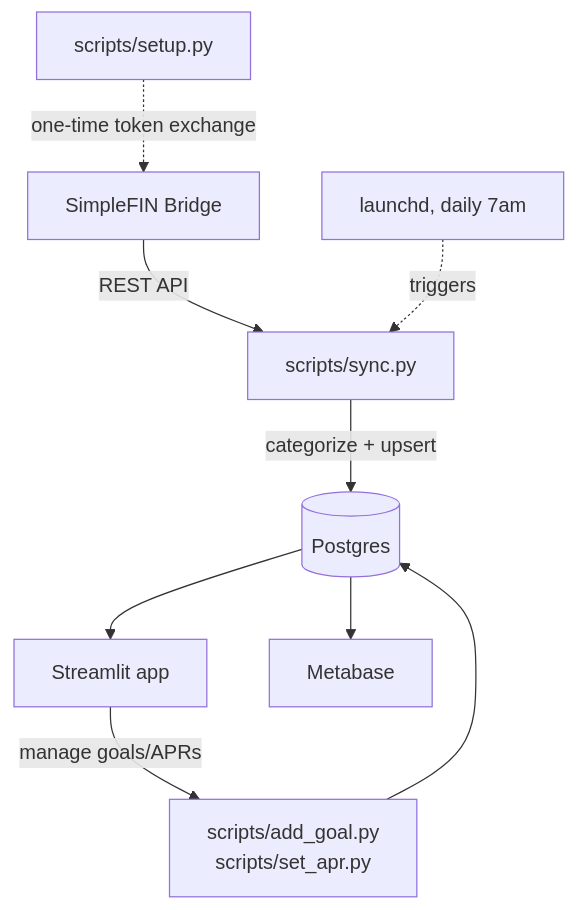
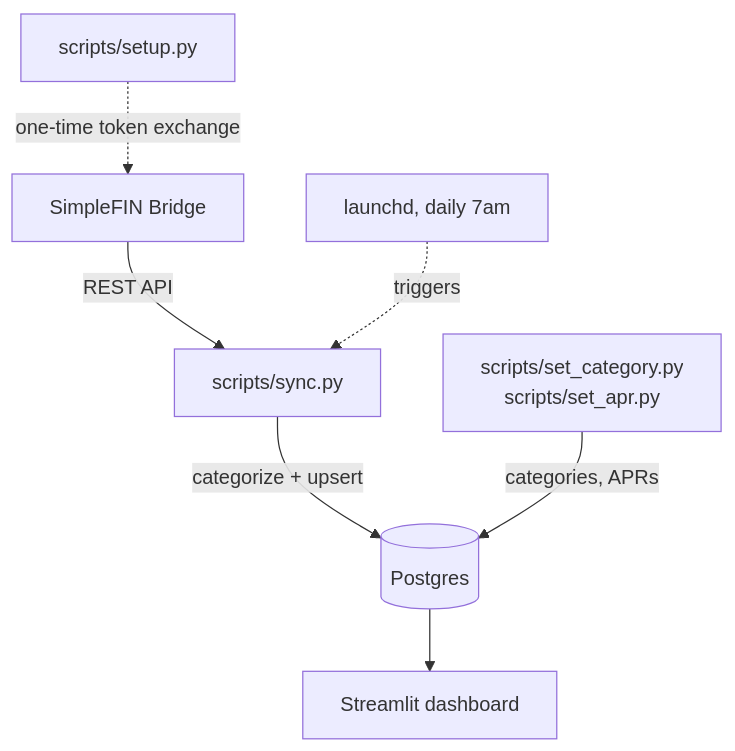
The first of 2 diagrams in ARCHITECTURE.md (MNGGibson/finance-dashboard), drawn with Mermaid before and after one commit. The commit also changed other lines of this file and 13 other files, not shown here.

````diff
--- a/ARCHITECTURE.md
+++ b/ARCHITECTURE.md
@@ -9,15 +9,13 @@
 ```mermaid
 flowchart TD
     SF[SimpleFIN Bridge]
     SF -->|REST API| SYNC[scripts/sync.py]
     SYNC -->|categorize + upsert| PG[(Postgres)]
 
     SETUP[scripts/setup.py] -.one-time token exchange.-> SF
     LAUNCHD[launchd, daily 7am] -.triggers.-> SYNC
 
-    PG --> ST[Streamlit app]
-    PG --> MB[Metabase]
+    PG --> ST[Streamlit dashboard]
 
-    ST -->|manage goals/APRs| CLI[scripts/add_goal.py<br/>scripts/set_apr.py]
-    CLI --> PG
+    CLI[scripts/set_category.py<br/>scripts/set_apr.py] -->|categories, APRs| PG
 ```
````
